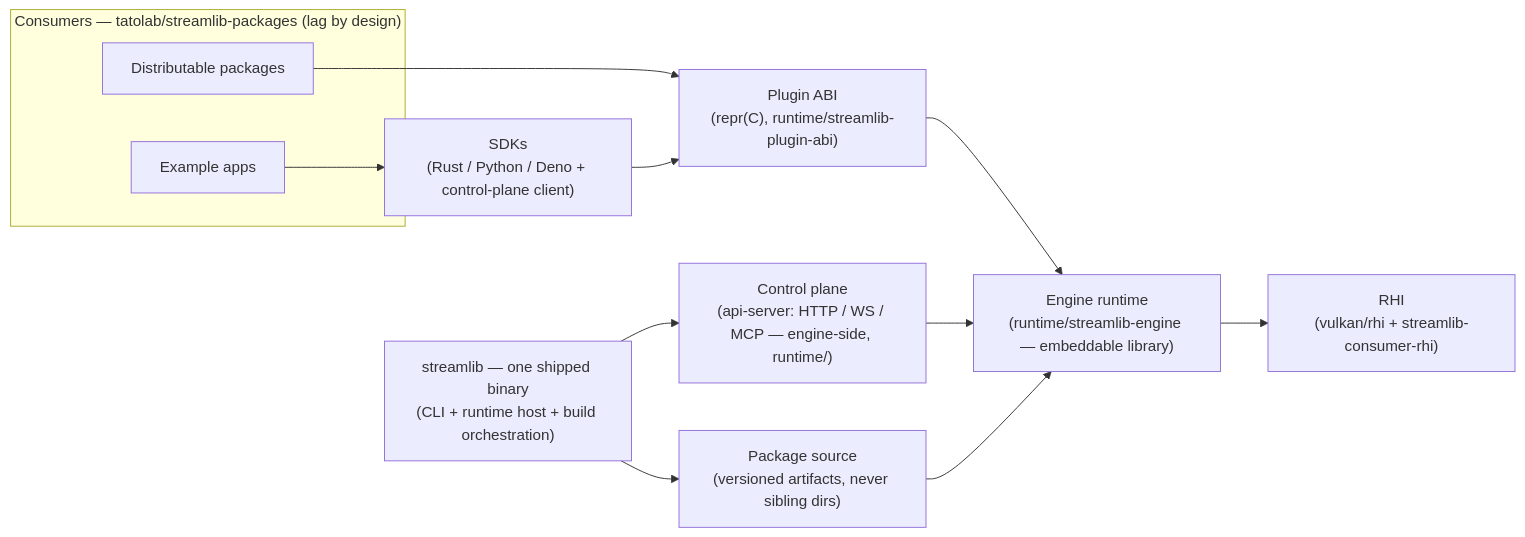
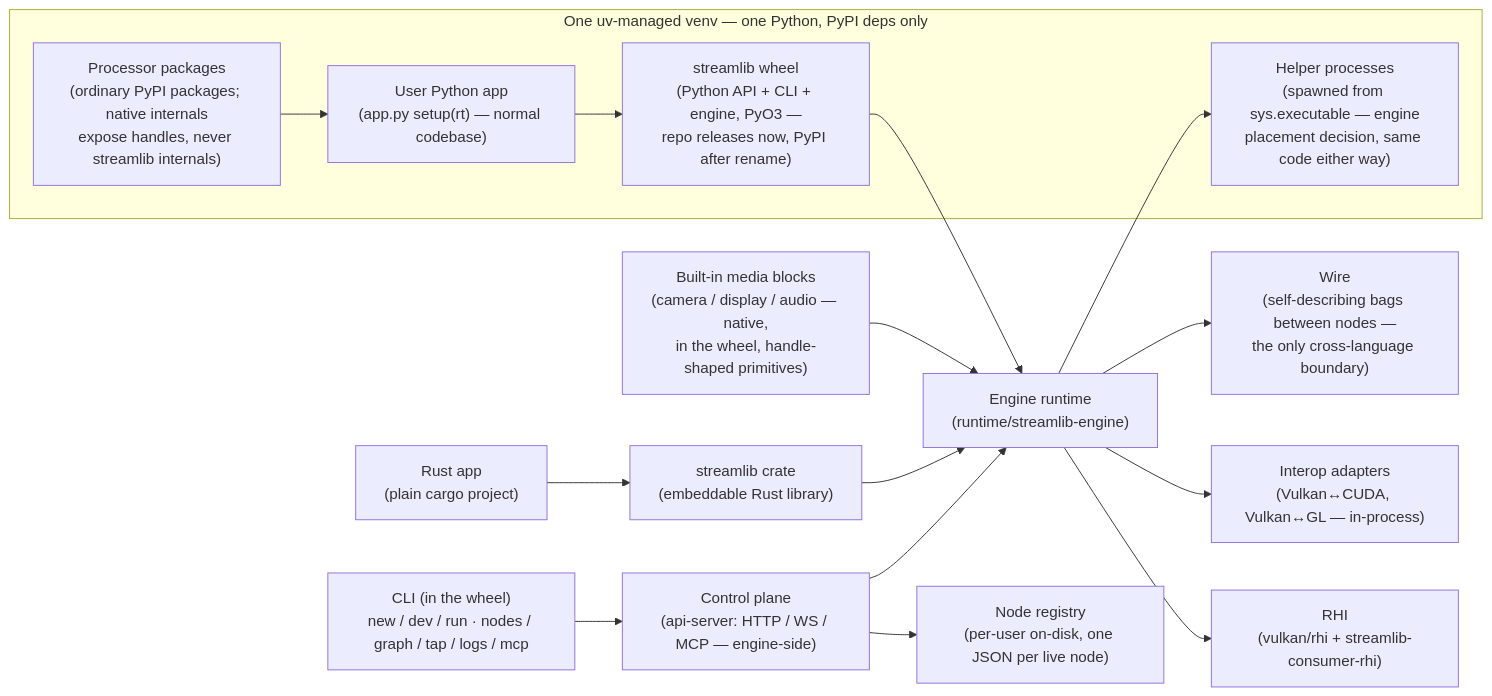
Before and after one commit to tatolab/streamlib: the diagram in docs/plan/diagrams/system.mmd, drawn with Mermaid. The commit also changed 16 other files, not shown here.

First line of the commit message:
plan: importable Python library — the SDK-shape pivot (#1706)

```diff
--- a/docs/plan/diagrams/system.mmd
+++ b/docs/plan/diagrams/system.mmd
@@ -1,23 +1,33 @@
 flowchart LR
-  subgraph consumers["Consumers — tatolab/streamlib-packages (lag by design)"]
-    pkgs["Distributable packages"]
-    apps["Example apps"]
+  subgraph env["One uv-managed venv — one Python, PyPI deps only"]
+    app["User Python app\n(app.py setup(rt) — normal codebase)"]
+    pkgs["Processor packages\n(ordinary PyPI packages; native internals\nexpose handles, never streamlib internals)"]
+    wheel["streamlib wheel\n(Python API + CLI + engine, PyO3 —\nrepo releases now, PyPI after rename)"]
+    helper["Helper processes\n(spawned from sys.executable — engine\nplacement decision, same code either way)"]
   end
 
-  cli["streamlib — one shipped binary\n(CLI + runtime host + build orchestration)"]
-  ctl["Control plane\n(api-server: HTTP / WS / MCP — engine-side, runtime/)"]
-  engine["Engine runtime\n(runtime/streamlib-engine — embeddable library)"]
+  rustapp["Rust app\n(plain cargo project)"]
+  crate["streamlib crate\n(embeddable Rust library)"]
+  engine["Engine runtime\n(runtime/streamlib-engine)"]
+  media["Built-in media blocks\n(camera / display / audio — native,\nin the wheel, handle-shaped primitives)"]
   rhi["RHI\n(vulkan/rhi + streamlib-consumer-rhi)"]
-  abi["Plugin ABI\n(repr(C), runtime/streamlib-plugin-abi)"]
-  sdk["SDKs\n(Rust / Python / Deno + control-plane client)"]
-  pkgsrc["Package source\n(versioned artifacts, never sibling dirs)"]
+  interop["Interop adapters\n(Vulkan↔CUDA, Vulkan↔GL — in-process)"]
+  ctl["Control plane\n(api-server: HTTP / WS / MCP — engine-side)"]
+  cli["CLI (in the wheel)\nnew / dev / run · nodes / graph / tap / logs / mcp"]
+  wire["Wire\n(self-describing bags between nodes —\nthe only cross-language boundary)"]
 
-  apps --> sdk
-  pkgs --> abi
-  sdk --> abi
-  abi --> engine
+  registry["Node registry\n(per-user on-disk, one JSON per live node)"]
+
+  pkgs --> app
+  app --> wheel
+  wheel --> engine
+  engine --> helper
+  ctl --> registry
+  rustapp --> crate
+  crate --> engine
+  media --> engine
   engine --> rhi
+  engine --> interop
+  ctl --> engine
   cli --> ctl
-  ctl --> engine
-  cli --> pkgsrc
-  pkgsrc --> engine
+  engine --> wire
```
